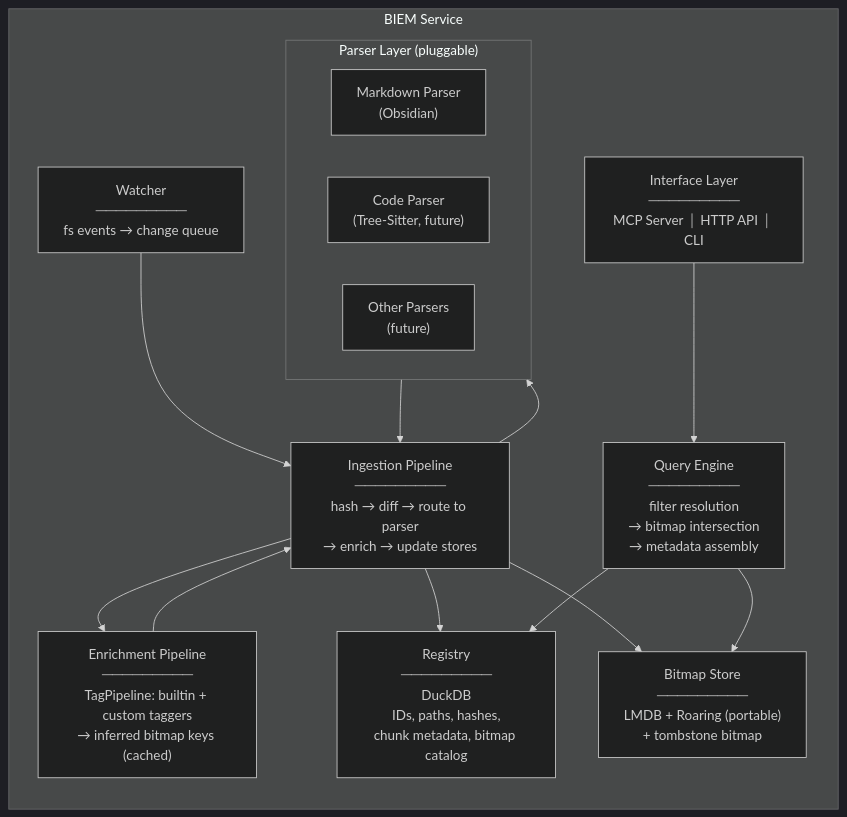
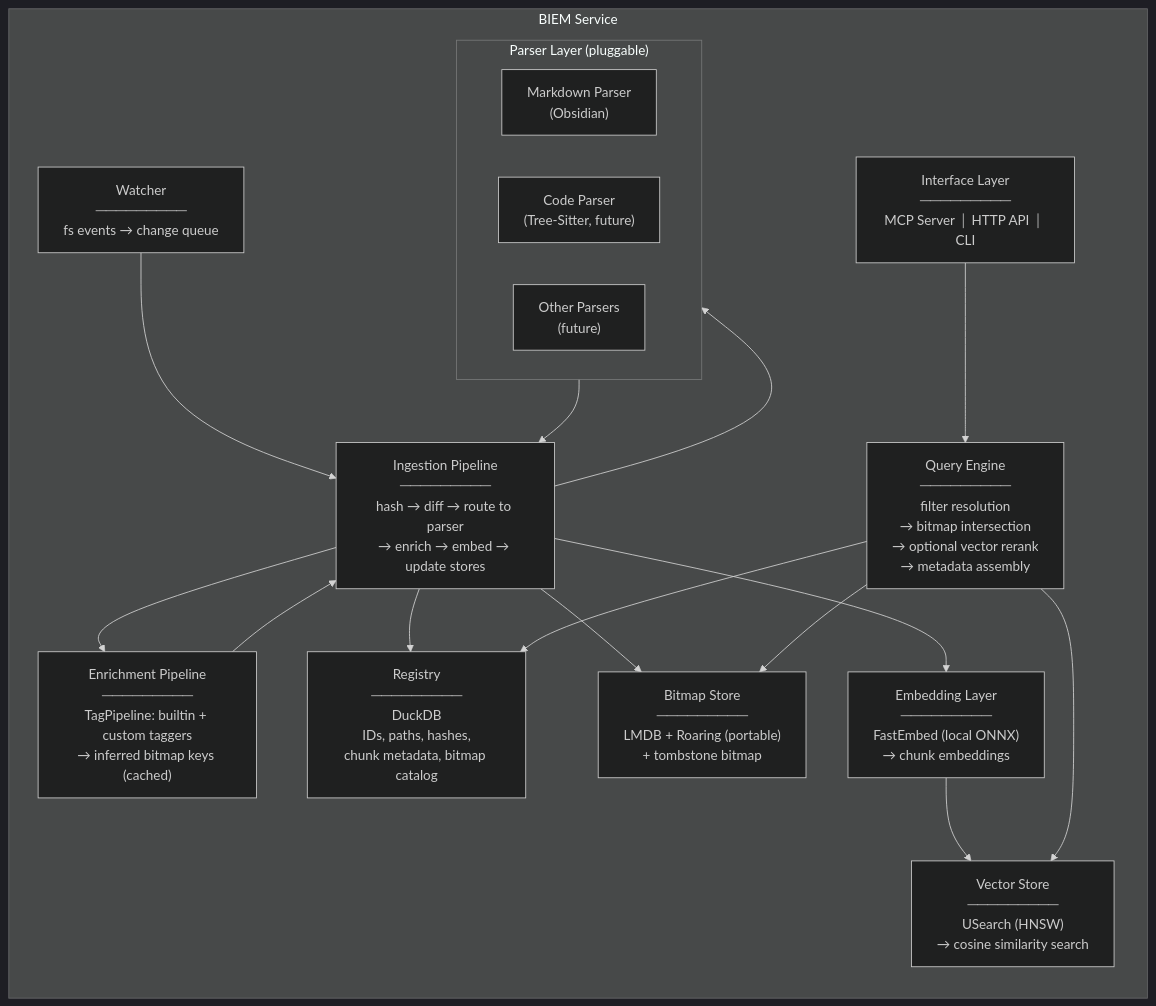
The second of 9 diagrams in docs/architecture/001-system-overview.md (locusd-ai/locus), drawn with Mermaid (dark theme) before and after one commit. The commit also changed other lines of this file and 2 other files, not shown here.

Commit message:
docs(arch): update system overview, contracts, and roadmap for semantic layer

````diff
--- a/docs/architecture/001-system-overview.md
+++ b/docs/architecture/001-system-overview.md
@@ -62,37 +62,44 @@
 ```mermaid
 graph TB
     subgraph BIEM["BIEM Service"]
         direction TB
 
         WATCH["Watcher<br/>─────────<br/>fs events → change queue"]
 
         subgraph Parsing["Parser Layer (pluggable)"]
             P_MD["Markdown Parser<br/>(Obsidian)"]
             P_CODE["Code Parser<br/>(Tree-Sitter, future)"]
             P_OTHER["Other Parsers<br/>(future)"]
         end
 
         ENRICH["Enrichment Pipeline<br/>─────────<br/>TagPipeline: builtin + custom taggers<br/>→ inferred bitmap keys (cached)"]
 
-        INGEST["Ingestion Pipeline<br/>─────────<br/>hash → diff → route to parser<br/>→ enrich → update stores"]
+        INGEST["Ingestion Pipeline<br/>─────────<br/>hash → diff → route to parser<br/>→ enrich → embed → update stores"]
 
         BITMAP["Bitmap Store<br/>─────────<br/>LMDB + Roaring (portable)<br/>+ tombstone bitmap"]
 
         REG["Registry<br/>─────────<br/>DuckDB<br/>IDs, paths, hashes,<br/>chunk metadata, bitmap catalog"]
 
-        QUERY["Query Engine<br/>─────────<br/>filter resolution<br/>→ bitmap intersection<br/>→ metadata assembly"]
+        EMBED["Embedding Layer<br/>─────────<br/>FastEmbed (local ONNX)<br/>→ chunk embeddings"]
+
+        VECTOR["Vector Store<br/>─────────<br/>USearch (HNSW)<br/>→ cosine similarity search"]
+
+        QUERY["Query Engine<br/>─────────<br/>filter resolution<br/>→ bitmap intersection<br/>→ optional vector rerank<br/>→ metadata assembly"]
 
         IFACE["Interface Layer<br/>─────────<br/>MCP Server │ HTTP API │ CLI"]
     end
 
     WATCH --> INGEST
     INGEST --> Parsing
     Parsing --> INGEST
     INGEST --> ENRICH
     ENRICH --> INGEST
     INGEST --> REG
     INGEST --> BITMAP
+    INGEST --> EMBED
+    EMBED --> VECTOR
     IFACE --> QUERY
     QUERY --> BITMAP
     QUERY --> REG
+    QUERY --> VECTOR
 ```
````
